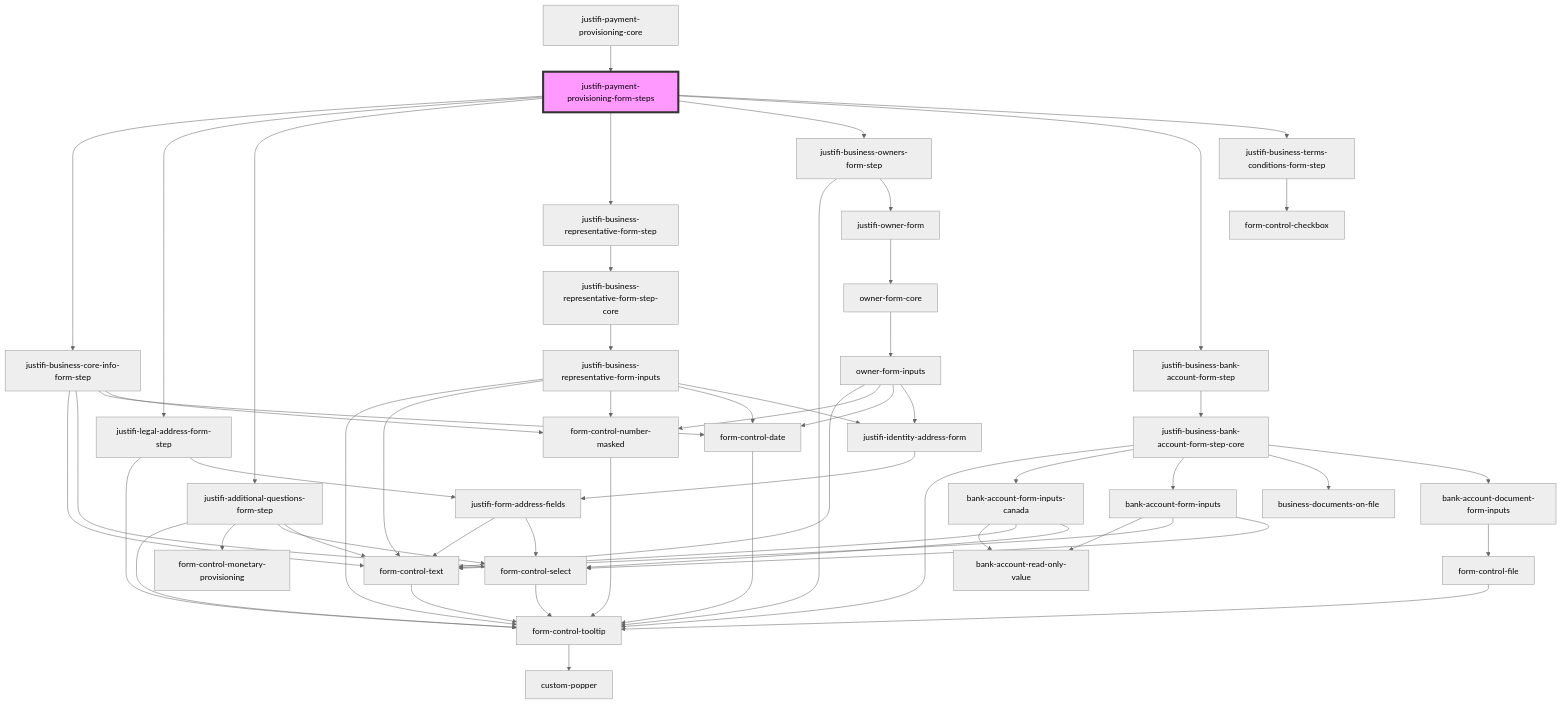
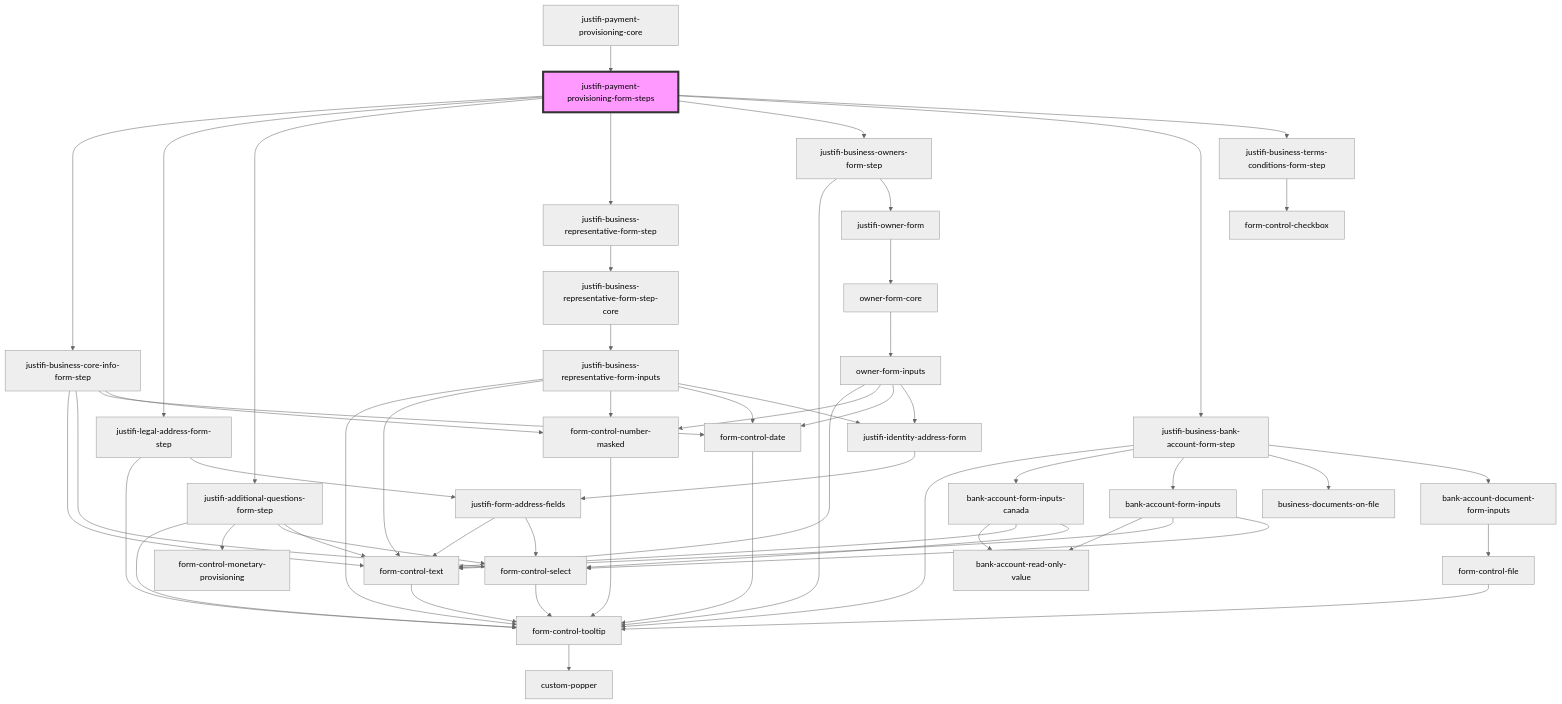
The diagram in packages/webcomponents/src/components/business-forms/payment-provisioning/readme.md (justifi-tech/web-component-library), drawn with Mermaid (neutral theme) before and after one commit. The commit also changed 2 other files, not shown here.

Commit message:
Add change account feature

````diff
--- a/packages/webcomponents/src/components/business-forms/payment-provisioning/readme.md
+++ b/packages/webcomponents/src/components/business-forms/payment-provisioning/readme.md
@@ -36,60 +36,59 @@
 ```mermaid
 graph TD;
   justifi-payment-provisioning-form-steps --> justifi-business-core-info-form-step
   justifi-payment-provisioning-form-steps --> justifi-legal-address-form-step
   justifi-payment-provisioning-form-steps --> justifi-additional-questions-form-step
   justifi-payment-provisioning-form-steps --> justifi-business-representative-form-step
   justifi-payment-provisioning-form-steps --> justifi-business-owners-form-step
   justifi-payment-provisioning-form-steps --> justifi-business-bank-account-form-step
   justifi-payment-provisioning-form-steps --> justifi-business-terms-conditions-form-step
   justifi-business-core-info-form-step --> form-control-text
   justifi-business-core-info-form-step --> form-control-select
   justifi-business-core-info-form-step --> form-control-date
   justifi-business-core-info-form-step --> form-control-number-masked
   form-control-text --> form-control-tooltip
   form-control-tooltip --> custom-popper
   form-control-select --> form-control-tooltip
   form-control-date --> form-control-tooltip
   form-control-number-masked --> form-control-tooltip
   justifi-legal-address-form-step --> form-control-tooltip
   justifi-legal-address-form-step --> justifi-form-address-fields
   justifi-form-address-fields --> form-control-text
   justifi-form-address-fields --> form-control-select
   justifi-additional-questions-form-step --> form-control-tooltip
   justifi-additional-questions-form-step --> form-control-monetary-provisioning
   justifi-additional-questions-form-step --> form-control-select
   justifi-additional-questions-form-step --> form-control-text
   justifi-business-representative-form-step --> justifi-business-representative-form-step-core
   justifi-business-representative-form-step-core --> justifi-business-representative-form-inputs
   justifi-business-representative-form-inputs --> form-control-tooltip
   justifi-business-representative-form-inputs --> form-control-text
   justifi-business-representative-form-inputs --> form-control-number-masked
   justifi-business-representative-form-inputs --> form-control-date
   justifi-business-representative-form-inputs --> justifi-identity-address-form
   justifi-identity-address-form --> justifi-form-address-fields
   justifi-business-owners-form-step --> form-control-tooltip
   justifi-business-owners-form-step --> justifi-owner-form
   justifi-owner-form --> owner-form-core
   owner-form-core --> owner-form-inputs
   owner-form-inputs --> form-control-text
   owner-form-inputs --> form-control-number-masked
   owner-form-inputs --> form-control-date
   owner-form-inputs --> justifi-identity-address-form
-  justifi-business-bank-account-form-step --> justifi-business-bank-account-form-step-core
-  justifi-business-bank-account-form-step-core --> form-control-tooltip
-  justifi-business-bank-account-form-step-core --> bank-account-form-inputs-canada
-  justifi-business-bank-account-form-step-core --> bank-account-form-inputs
-  justifi-business-bank-account-form-step-core --> business-documents-on-file
-  justifi-business-bank-account-form-step-core --> bank-account-document-form-inputs
+  justifi-business-bank-account-form-step --> form-control-tooltip
+  justifi-business-bank-account-form-step --> bank-account-form-inputs-canada
+  justifi-business-bank-account-form-step --> bank-account-form-inputs
+  justifi-business-bank-account-form-step --> business-documents-on-file
+  justifi-business-bank-account-form-step --> bank-account-document-form-inputs
   bank-account-form-inputs-canada --> bank-account-read-only-value
   bank-account-form-inputs-canada --> form-control-text
   bank-account-form-inputs-canada --> form-control-select
   bank-account-form-inputs --> bank-account-read-only-value
   bank-account-form-inputs --> form-control-text
   bank-account-form-inputs --> form-control-select
   bank-account-document-form-inputs --> form-control-file
   form-control-file --> form-control-tooltip
   justifi-business-terms-conditions-form-step --> form-control-checkbox
   justifi-payment-provisioning-core --> justifi-payment-provisioning-form-steps
   style justifi-payment-provisioning-form-steps fill:#f9f,stroke:#333,stroke-width:4px
 ```
````
